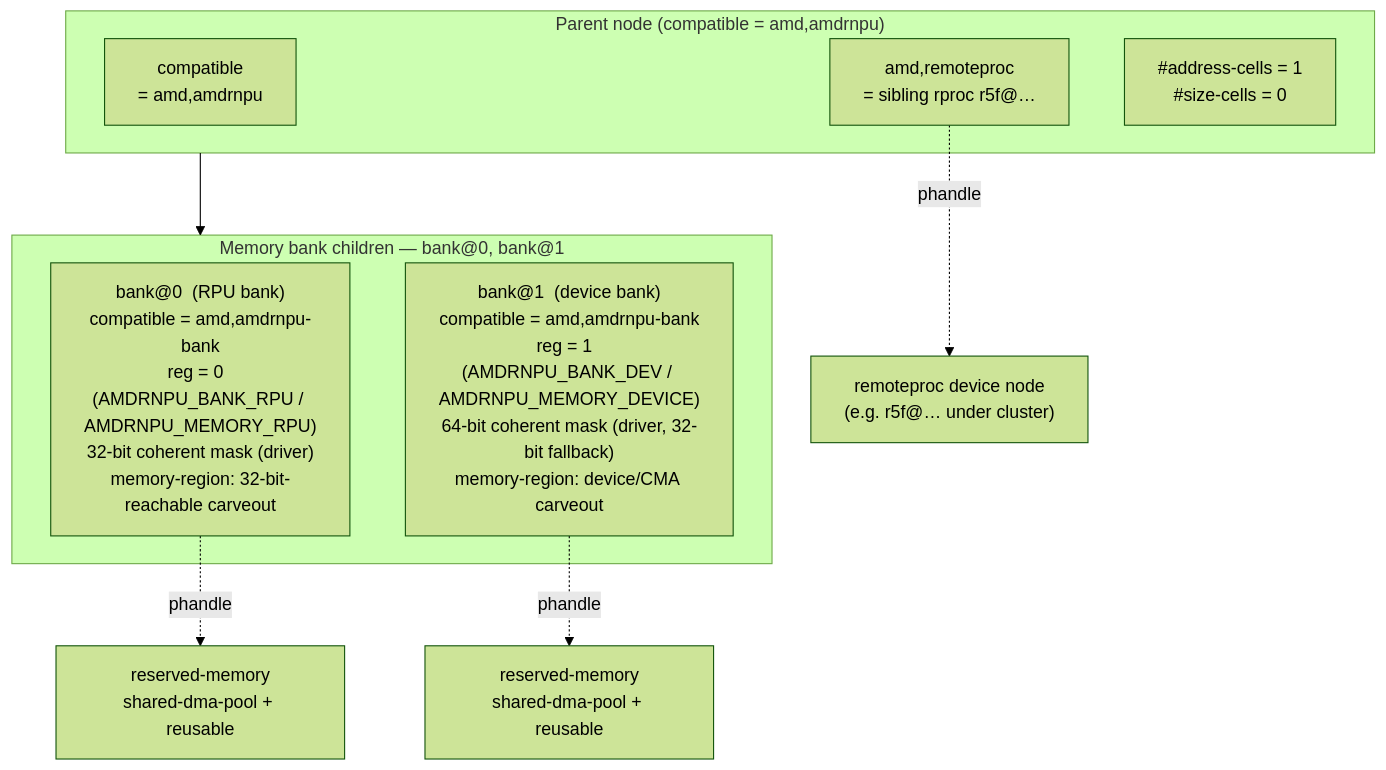
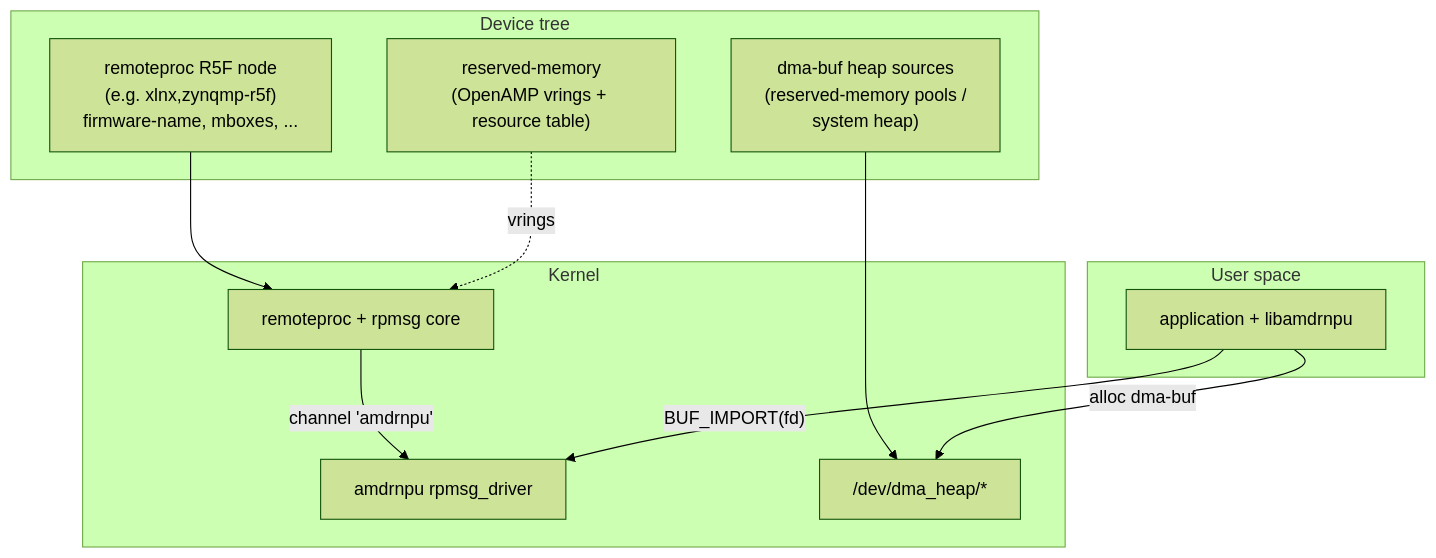
Before and after one commit to Xilinx/amdrnpu: the diagram in docs/devicetree-binding.md, drawn with Mermaid (forest theme). The commit also changed other lines of this file and 11 other files, not shown here.

````diff
--- a/docs/devicetree-binding.md
+++ b/docs/devicetree-binding.md
@@ -13,18 +23,25 @@
 ```mermaid
 flowchart TB
-    subgraph TOP["Parent node (compatible = amd,amdrnpu)"]
-        P_COMPAT["compatible<br/>= amd,amdrnpu"]
-        P_RPROC["amd,remoteproc<br/>= sibling rproc r5f@…"]
-        P_AC["#address-cells = 1<br/>#size-cells = 0"]
+    subgraph DT["Device tree"]
+        RPROC["remoteproc R5F node<br/>(e.g. xlnx,zynqmp-r5f)<br/>firmware-name, mboxes, ..."]
+        RMEM["reserved-memory<br/>(OpenAMP vrings + resource table)"]
+        HEAPS["dma-buf heap sources<br/>(reserved-memory pools /<br/>system heap)"]
     end
 
-    subgraph CHILDREN["Memory bank children — bank@0, bank@1"]
-        B0["bank@0  (RPU bank)<br/>compatible = amd,amdrnpu-bank<br/>reg = 0  (AMDRNPU_BANK_RPU / AMDRNPU_MEMORY_RPU)<br/>32-bit coherent mask (driver)<br/>memory-region: 32-bit-reachable carveout"]
-        B1["bank@1  (device bank)<br/>compatible = amd,amdrnpu-bank<br/>reg = 1  (AMDRNPU_BANK_DEV / AMDRNPU_MEMORY_DEVICE)<br/>64-bit coherent mask (driver, 32-bit fallback)<br/>memory-region: device/CMA carveout"]
+    subgraph KERN["Kernel"]
+        RP["remoteproc + rpmsg core"]
+        RDR["amdrnpu rpmsg_driver"]
+        HEAPDEV["/dev/dma_heap/*"]
     end
 
-    TOP --> CHILDREN
-    P_RPROC -. phandle .-> RPROC["remoteproc device node<br/>(e.g. r5f@… under cluster)"]
-    B0 -. phandle .-> POOL_RPU["reserved-memory<br/>shared-dma-pool + reusable"]
-    B1 -. phandle .-> POOL_DEV["reserved-memory<br/>shared-dma-pool + reusable"]
+    subgraph USER["User space"]
+        APP["application + libamdrnpu"]
+    end
+
+    RPROC --> RP
+    RMEM -. vrings .-> RP
+    RP -- "channel 'amdrnpu'" --> RDR
+    HEAPS --> HEAPDEV
+    APP -- "alloc dma-buf" --> HEAPDEV
+    APP -- "BUF_IMPORT(fd)" --> RDR
 ```
````
